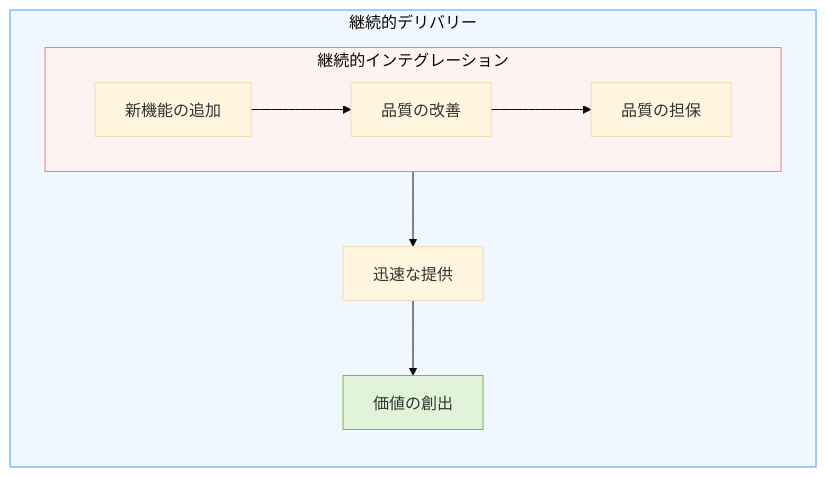
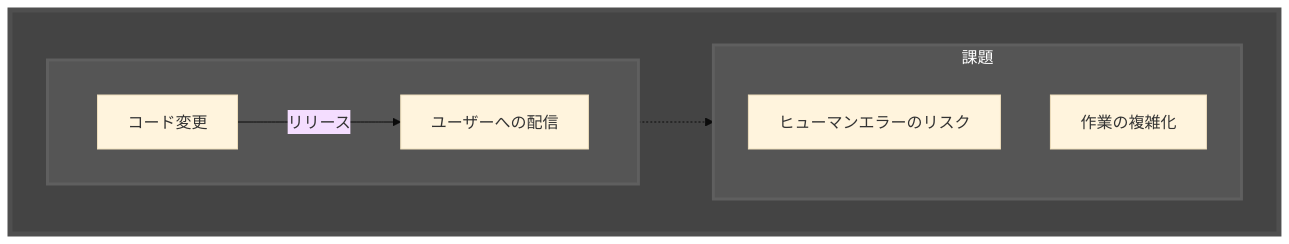
One commit to koach-noir/github-actions-ci-cd-study changed the seventh of 8 diagrams in LEARNING NOTES.md. Above: the diagram before and after it, drawn with Mermaid (base theme). The commit also changed other lines of this file and 2 other files, not shown here.

````diff
--- a/LEARNING NOTES.md
+++ b/LEARNING NOTES.md
@@ -113,17 +220,21 @@
 ```mermaid
 flowchart TD
-    subgraph CD[継続的デリバリー]
-        direction TB
-        subgraph CI[継続的インテグレーション]
-            direction LR
-            A[新機能の追加] --> B[品質の改善]
-            B --> C[品質の担保]
-        end
-        CI --> D[迅速な提供]
-        D --> E[価値の創出]
+    classDef lv1-box stroke:#4f4f4f,fill:#444444,color:#ffffff,stroke-width:5px;
+    Outer1:::lv1-box
+    subgraph Outer1[ ]
+            classDef lv2-box stroke:#5f5f5f,fill:#555555,color:#ffffff,stroke-width:3px;
+            Outer2:::lv2-box
+            subgraph Outer2[ ]
+                direction LR
+                  A[コード変更] -->|リリース| B[ユーザーへの配信]
+            end
+            Outer3:::lv2-box
+            subgraph Outer3[課題]
+                D[ヒューマンエラーのリスク]
+                E[作業の複雑化]
+            end
+
+            Outer2 -.-> Outer3
+
     end
-
-    style CD fill:#f0f7ff,stroke:#4a9eff
-    style CI fill:#fff2f2,stroke:#ff7b7b
-    style E fill:#e1f3d8,stroke:#7ab648
 ```
````
